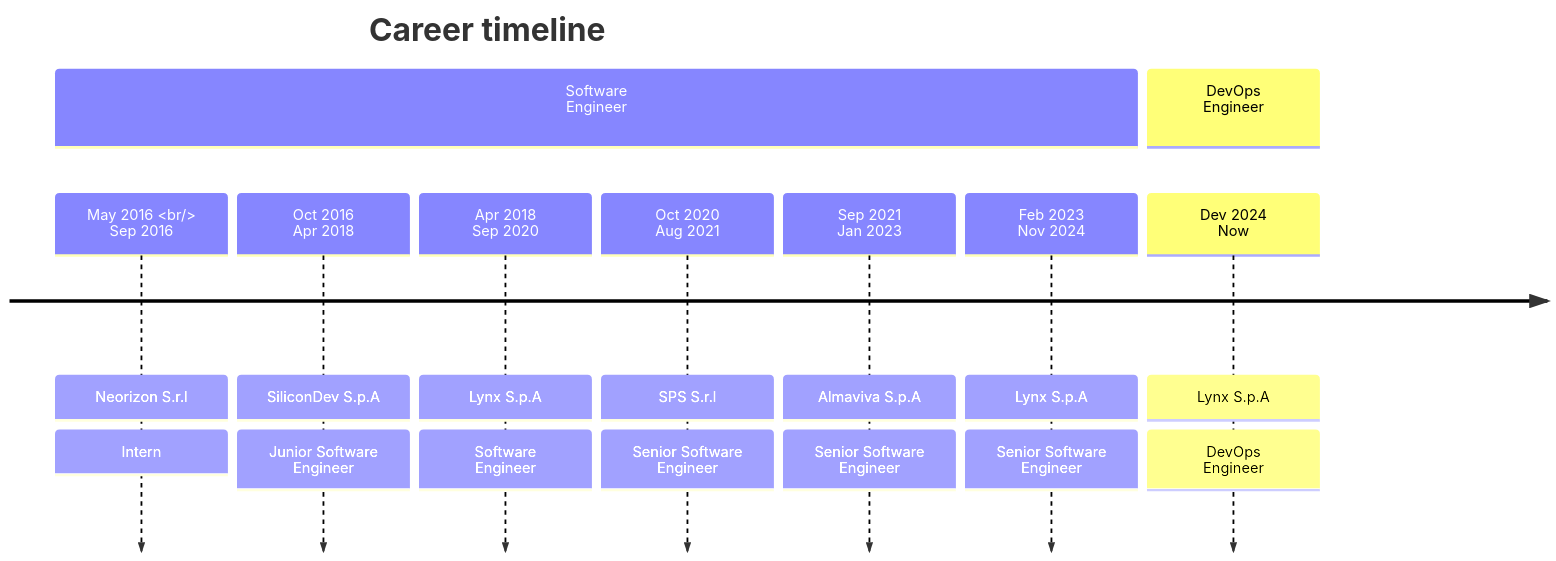
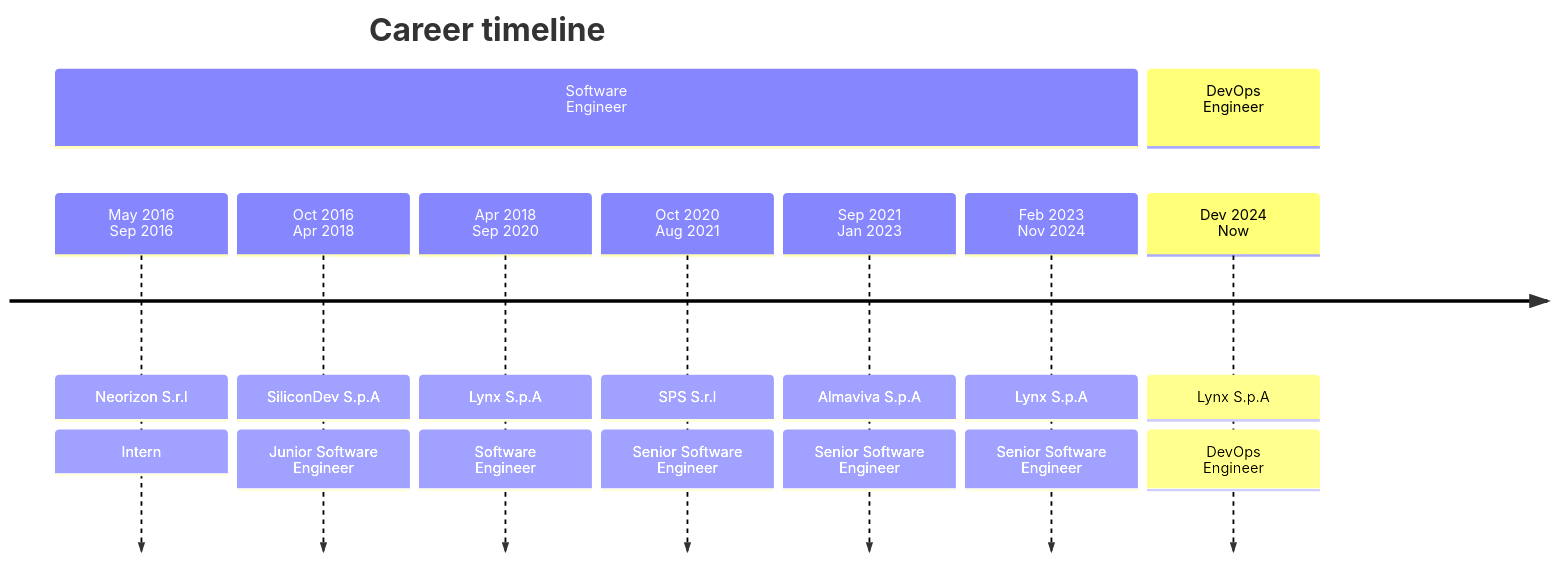
One commit to FedericoSerini/personal-website changed the diagram in content/career/_index.md. Above: the diagram before and after it, drawn with Mermaid.

Commit message:
fix: content layout

````diff
--- a/content/career/_index.md
+++ b/content/career/_index.md
@@ -6,13 +6,13 @@
 ```mermaid
 timeline
         title Career timeline
-        section Software <br> Engineer
-          May 2016 <br/> Sep 2016 : Neorizon S.r.l : Intern
-          Oct 2016 <br> Apr 2018 : SiliconDev S.p.A : Junior Software <br> Engineer
-          Apr 2018 <br> Sep 2020 : Lynx S.p.A : Software <br> Engineer
-          Oct 2020 <br> Aug 2021 : SPS S.r.l : Senior Software <br> Engineer
-          Sep 2021 <br> Jan 2023: Almaviva S.p.A : Senior Software <br> Engineer
-          Feb 2023 <br> Nov 2024: Lynx S.p.A : Senior Software <br> Engineer
-        section DevOps <br> Engineer
-          Dev 2024 <br> Now : Lynx S.p.A : DevOps <br> Engineer
+        section Software <br>Engineer
+          May 2016 <br>Sep 2016 : Neorizon S.r.l : Intern
+          Oct 2016 <br>Apr 2018 : SiliconDev S.p.A : Junior Software <br>Engineer
+          Apr 2018 <br>Sep 2020 : Lynx S.p.A : Software <br>Engineer
+          Oct 2020 <br>Aug 2021 : SPS S.r.l : Senior Software <br>Engineer
+          Sep 2021 <br>Jan 2023: Almaviva S.p.A : Senior Software <br>Engineer
+          Feb 2023 <br>Nov 2024: Lynx S.p.A : Senior Software <br>Engineer
+        section DevOps <br>Engineer
+          Dev 2024 <br>Now : Lynx S.p.A : DevOps <br>Engineer
 ```
````
